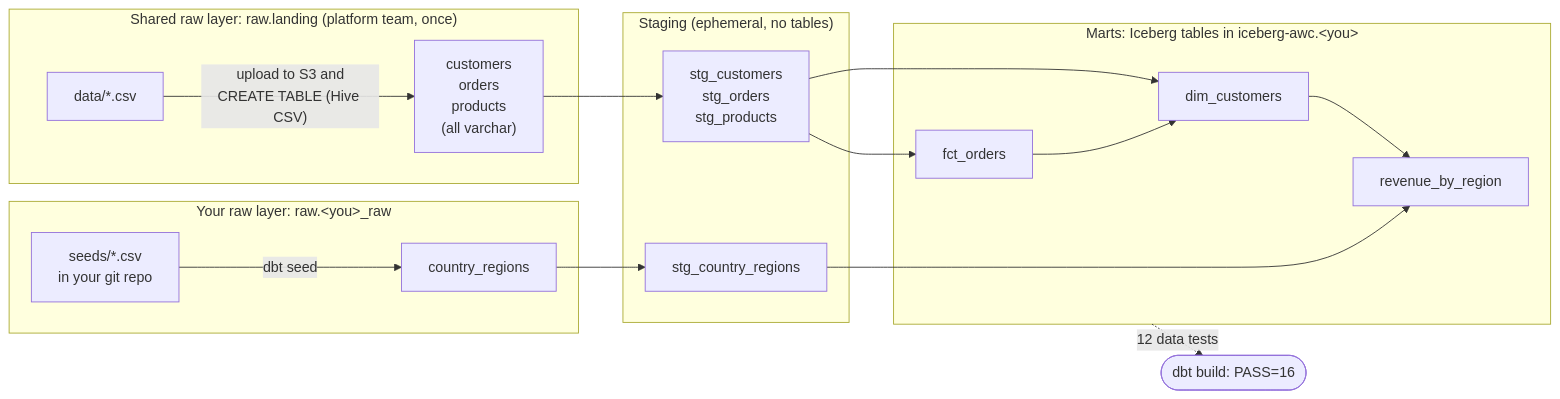
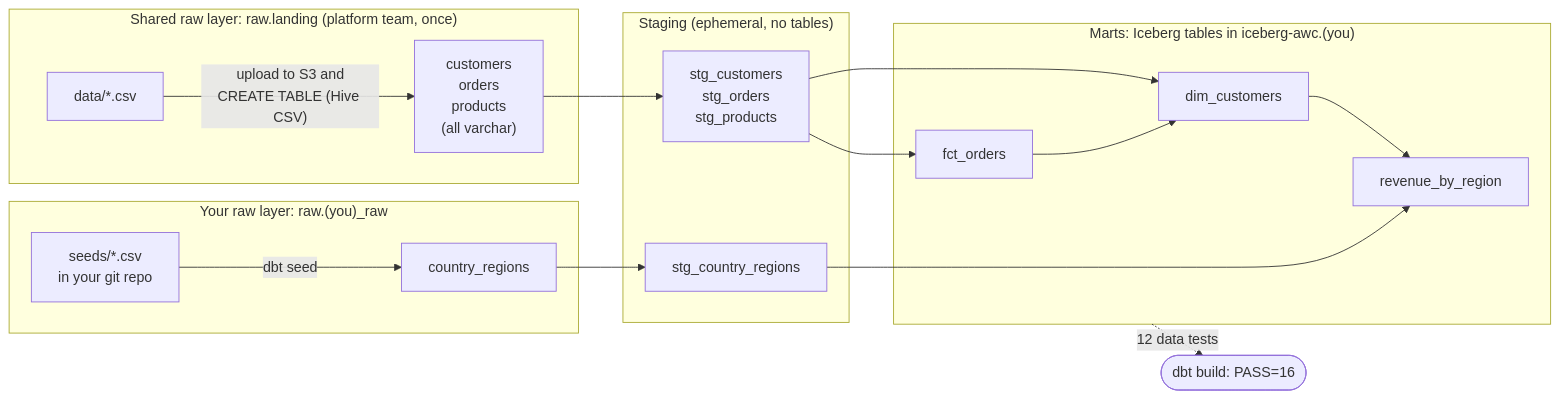
The diagram in README.md (pryan-ryan/dbt-lakehouse-poc), drawn with Mermaid before and after one commit.

Commit message:
README: readable schema placeholders in the diagram

````diff
--- a/README.md
+++ b/README.md
@@ -7,30 +7,30 @@
 ```mermaid
 flowchart LR
   subgraph shared["Shared raw layer: raw.landing (platform team, once)"]
     CSV["data/*.csv"] -->|"upload to S3 and<br/>CREATE TABLE (Hive CSV)"| RAW["customers<br/>orders<br/>products<br/>(all varchar)"]
   end
 
-  subgraph own["Your raw layer: raw.&lt;you&gt;_raw"]
+  subgraph own["Your raw layer: raw.(you)_raw"]
     SEEDCSV["seeds/*.csv<br/>in your git repo"] -->|dbt seed| SEED["country_regions"]
   end
 
   subgraph staging["Staging (ephemeral, no tables)"]
     STG["stg_customers<br/>stg_orders<br/>stg_products"]
     STGR["stg_country_regions"]
   end
 
-  subgraph marts["Marts: Iceberg tables in iceberg-awc.&lt;you&gt;"]
+  subgraph marts["Marts: Iceberg tables in iceberg-awc.(you)"]
     FCT["fct_orders"]
     DIM["dim_customers"]
     REG["revenue_by_region"]
   end
 
   RAW --> STG
   SEED --> STGR
   STG --> FCT
   STG --> DIM
   FCT --> DIM
   DIM --> REG
   STGR --> REG
   marts -.->|"12 data tests"| TESTS(["dbt build: PASS=16"])
 ```
````
